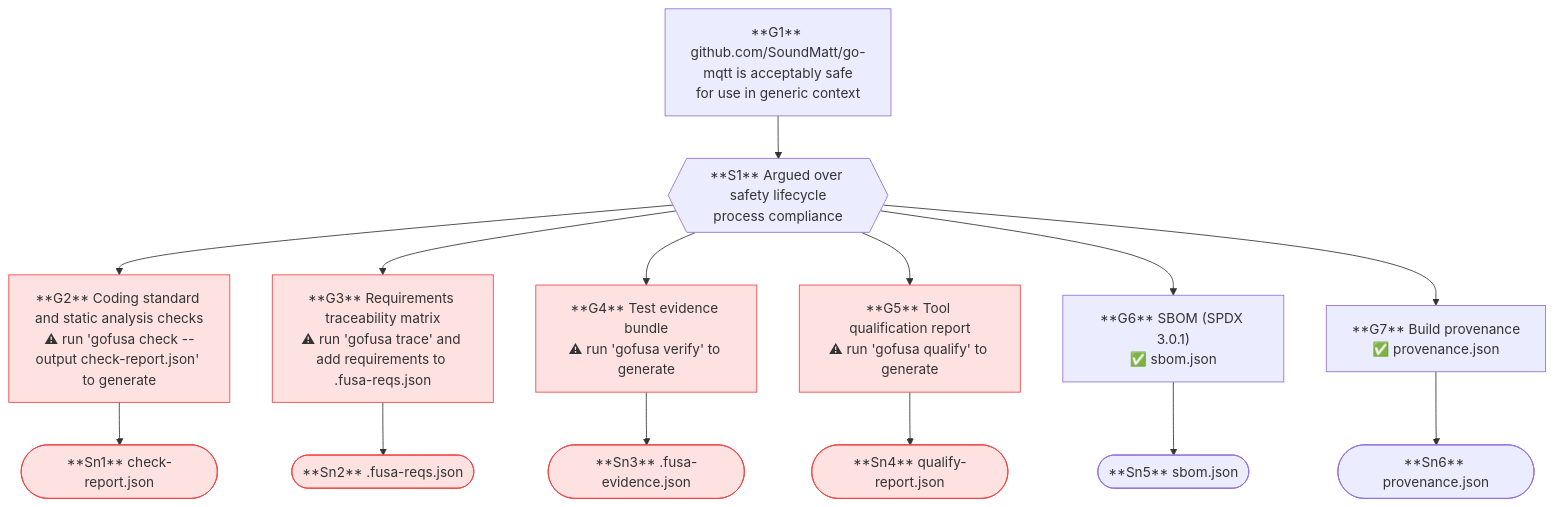
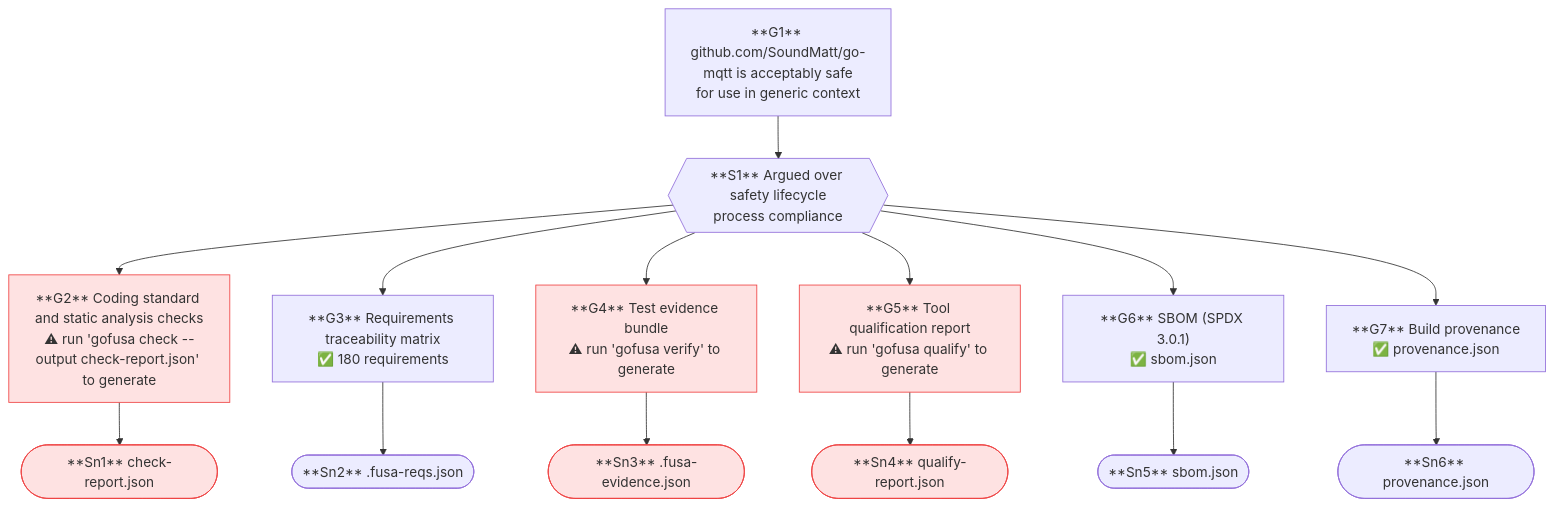
Before and after one commit to SoundMatt/go-mqtt: the diagram in safety-case.mermaid, drawn with Mermaid. The commit also changed 6 other files, not shown here.

```diff
--- a/safety-case.mermaid
+++ b/safety-case.mermaid
@@ -1,36 +1,34 @@
 flowchart TD
     G1["**G1** github.com/SoundMatt/go-mqtt is acceptably safe\nfor use in generic context"]
     S1{{"**S1** Argued over safety lifecycle\nprocess compliance"}}
     G2["**G2** Coding standard and static analysis checks\n⚠ run 'gofusa check --output check-report.json' to generate"]
     Sn1(["**Sn1** check-report.json"])
-    G3["**G3** Requirements traceability matrix\n⚠ run 'gofusa trace' and add requirements to .fusa-reqs.json"]
+    G3["**G3** Requirements traceability matrix\n✅ 180 requirements"]
     Sn2(["**Sn2** .fusa-reqs.json"])
     G4["**G4** Test evidence bundle\n⚠ run 'gofusa verify' to generate"]
     Sn3(["**Sn3** .fusa-evidence.json"])
     G5["**G5** Tool qualification report\n⚠ run 'gofusa qualify' to generate"]
     Sn4(["**Sn4** qualify-report.json"])
     G6["**G6** SBOM (SPDX 3.0.1)\n✅ sbom.json"]
     Sn5(["**Sn5** sbom.json"])
     G7["**G7** Build provenance\n✅ provenance.json"]
     Sn6(["**Sn6** provenance.json"])
     G1 --> S1
     S1 --> G2
     S1 --> G3
     S1 --> G4
     S1 --> G5
     S1 --> G6
     S1 --> G7
     G2 --> Sn1
     G3 --> Sn2
     G4 --> Sn3
     G5 --> Sn4
     G6 --> Sn5
     G7 --> Sn6
     style G2 fill:#fee2e2,stroke:#ef4444
     style Sn1 fill:#fee2e2,stroke:#ef4444
-    style G3 fill:#fee2e2,stroke:#ef4444
-    style Sn2 fill:#fee2e2,stroke:#ef4444
     style G4 fill:#fee2e2,stroke:#ef4444
     style Sn3 fill:#fee2e2,stroke:#ef4444
     style G5 fill:#fee2e2,stroke:#ef4444
     style Sn4 fill:#fee2e2,stroke:#ef4444
```
